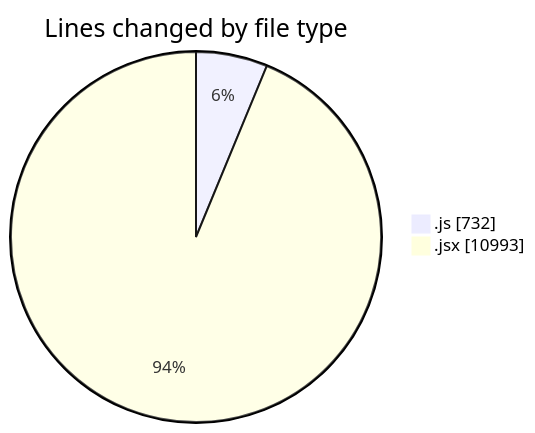
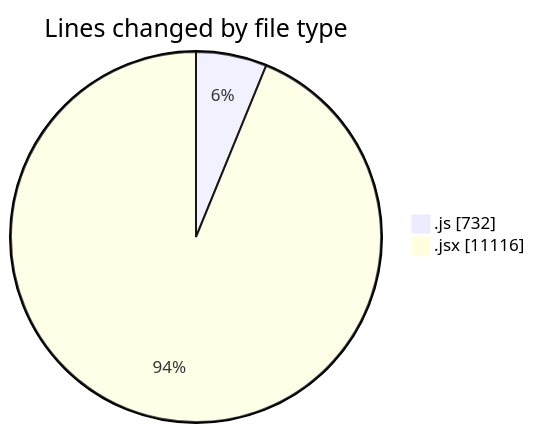
Before and after one commit to nxtqubesakshisongat/code-tracking: the first of 2 diagrams in 2025-07-28/nxtqube_webapp/README.md, drawn with Mermaid. The commit also changed other lines of this file and 1 other file, not shown here.

````diff
--- a/2025-07-28/nxtqube_webapp/README.md
+++ b/2025-07-28/nxtqube_webapp/README.md
@@ -47,6 +47,6 @@
 ```mermaid
 pie showData
 title Lines changed by file type
 ".js" : 732
-".jsx" : 10993
+".jsx" : 11116
 ```
````
